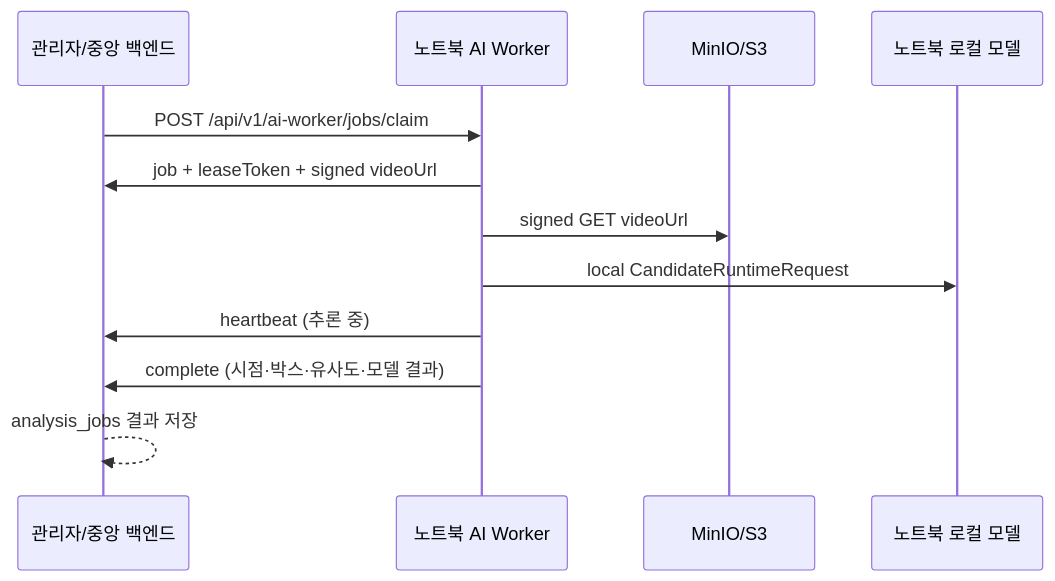
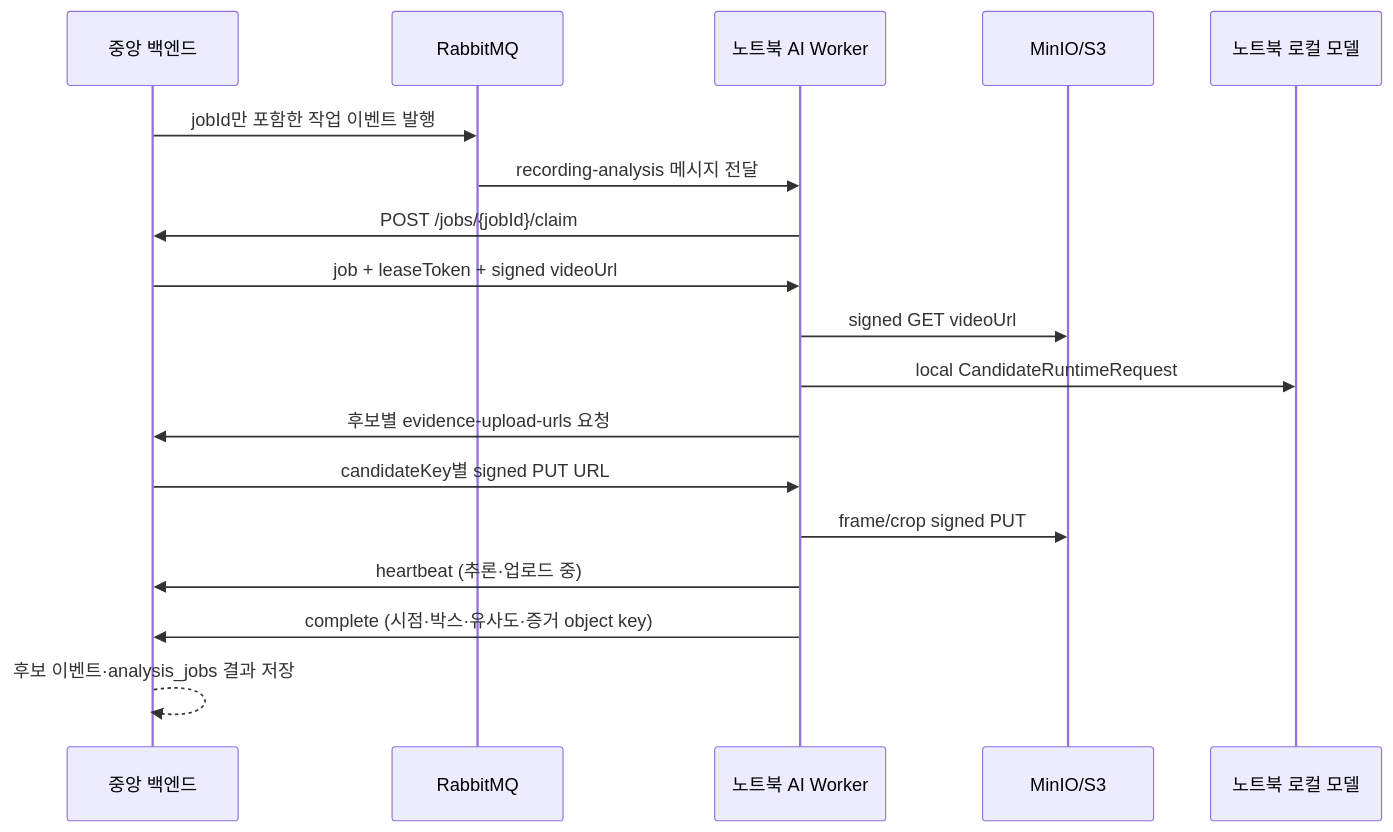
Before and after one commit to tttksj404/cctv-model-selection-lab: the diagram in ai-worker/docs/NOTEBOOK_AI_WORKER_RUNTIME.md, drawn with Mermaid. The commit also changed other lines of this file and 37 other files, not shown here.

````diff
--- a/ai-worker/docs/NOTEBOOK_AI_WORKER_RUNTIME.md
+++ b/ai-worker/docs/NOTEBOOK_AI_WORKER_RUNTIME.md
@@ -7,15 +7,21 @@
 ```mermaid
 sequenceDiagram
-    participant Admin as 관리자/중앙 백엔드
+    participant Central as 중앙 백엔드
+    participant Broker as RabbitMQ
     participant Worker as 노트북 AI Worker
     participant Store as MinIO/S3
     participant Model as 노트북 로컬 모델
 
-    Admin->>Worker: POST /api/v1/ai-worker/jobs/claim
-    Worker->>Admin: job + leaseToken + signed videoUrl
+    Central->>Broker: jobId만 포함한 작업 이벤트 발행
+    Broker->>Worker: recording-analysis 메시지 전달
+    Worker->>Central: POST /jobs/{jobId}/claim
+    Central->>Worker: job + leaseToken + signed videoUrl
     Worker->>Store: signed GET videoUrl
     Worker->>Model: local CandidateRuntimeRequest
-    Worker->>Admin: heartbeat (추론 중)
-    Worker->>Admin: complete (시점·박스·유사도·모델 결과)
-    Admin-->>Admin: analysis_jobs 결과 저장
+    Worker->>Central: 후보별 evidence-upload-urls 요청
+    Central->>Worker: candidateKey별 signed PUT URL
+    Worker->>Store: frame/crop signed PUT
+    Worker->>Central: heartbeat (추론·업로드 중)
+    Worker->>Central: complete (시점·박스·유사도·증거 object key)
+    Central-->>Central: 후보 이벤트·analysis_jobs 결과 저장
 ```
````
